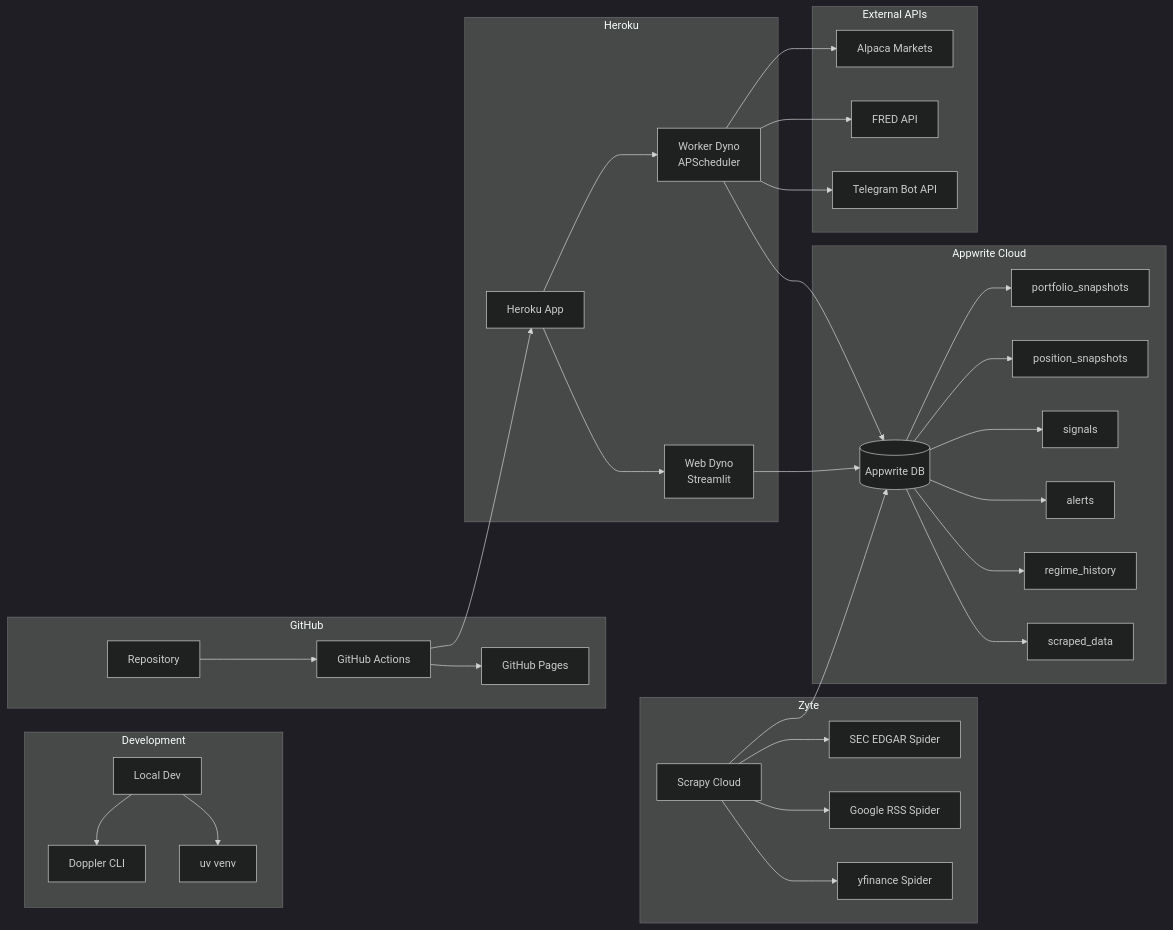
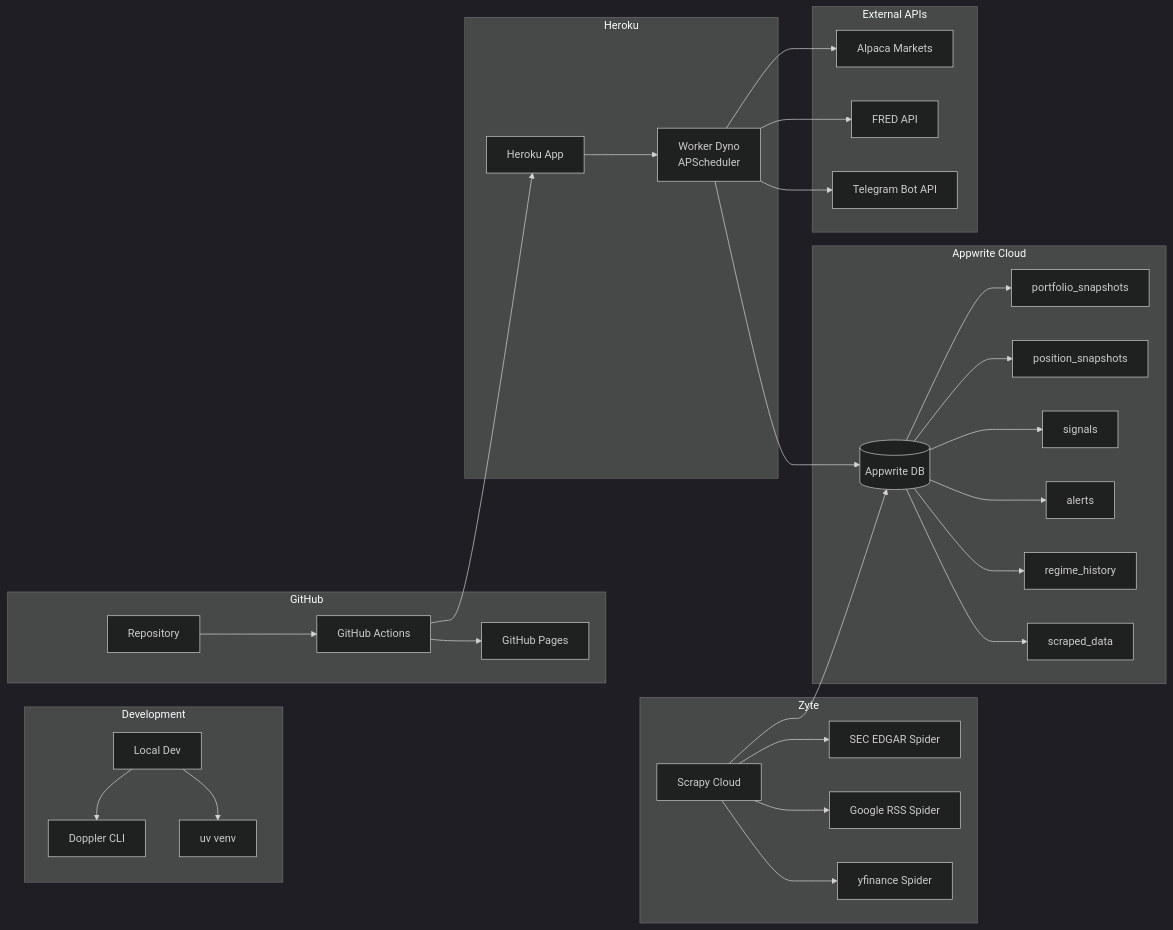
Before and after one commit to Kartavya-Jharwal/ganet-project-bwc: the diagram in docs/architecture.md, drawn with Mermaid (dark theme). The commit also changed other lines of this file and 5 other files, not shown here.

Commit message:
docs: Architecture expansion for Phases 22-35 (Advanced Analytics & UI)

````diff
--- a/docs/architecture.md
+++ b/docs/architecture.md
@@ -66,46 +73,44 @@
 ```mermaid
 graph LR
     subgraph "Development"
         Dev[Local Dev] --> Doppler[Doppler CLI]
         Dev --> UV[uv venv]
     end
     
     subgraph "GitHub"
         GH[Repository] --> Actions[GitHub Actions]
         Actions --> Pages[GitHub Pages]
     end
     
     subgraph "Zyte"
         SC[Scrapy Cloud] --> SEC[SEC EDGAR Spider]
         SC --> RSS[Google RSS Spider]
         SC --> YF[yfinance Spider]
     end
     
     subgraph "Appwrite Cloud"
         AW[(Appwrite DB)] --> Coll1[portfolio_snapshots]
         AW --> Coll2[position_snapshots]
         AW --> Coll3[signals]
         AW --> Coll4[alerts]
         AW --> Coll5[regime_history]
         AW --> Coll6[scraped_data]
     end
     
     subgraph "Heroku"
-        HK[Heroku App] --> Web[Web Dyno<br/>Streamlit]
-        HK --> Worker[Worker Dyno<br/>APScheduler]
+        HK[Heroku App] --> Worker[Worker Dyno<br/>APScheduler]
     end
     
     subgraph "External APIs"
         Alpaca[Alpaca Markets]
         FRED[FRED API]
         TG[Telegram Bot API]
     end
     
     SC --> AW
     Worker --> Alpaca
     Worker --> FRED
     Worker --> AW
-    Web --> AW
     Worker --> TG
     Actions --> HK
 ```
````
